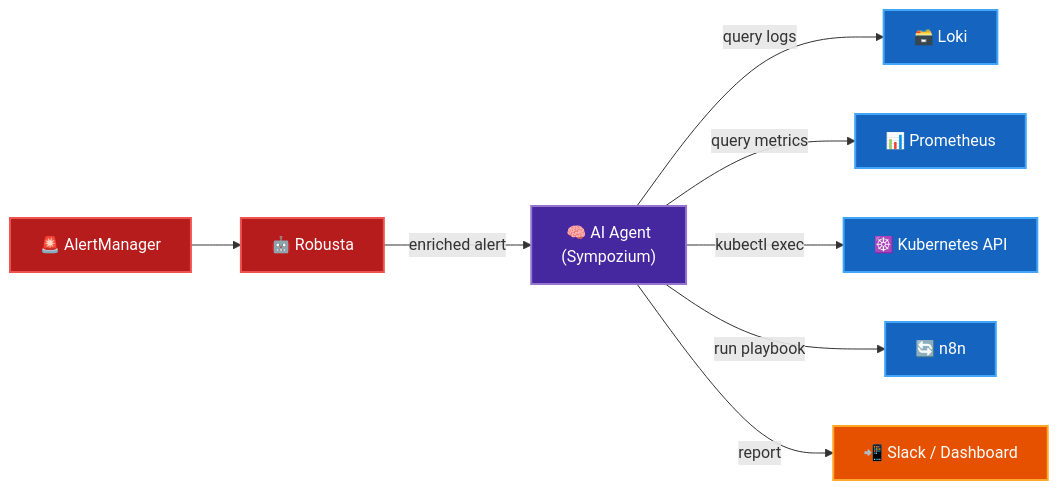
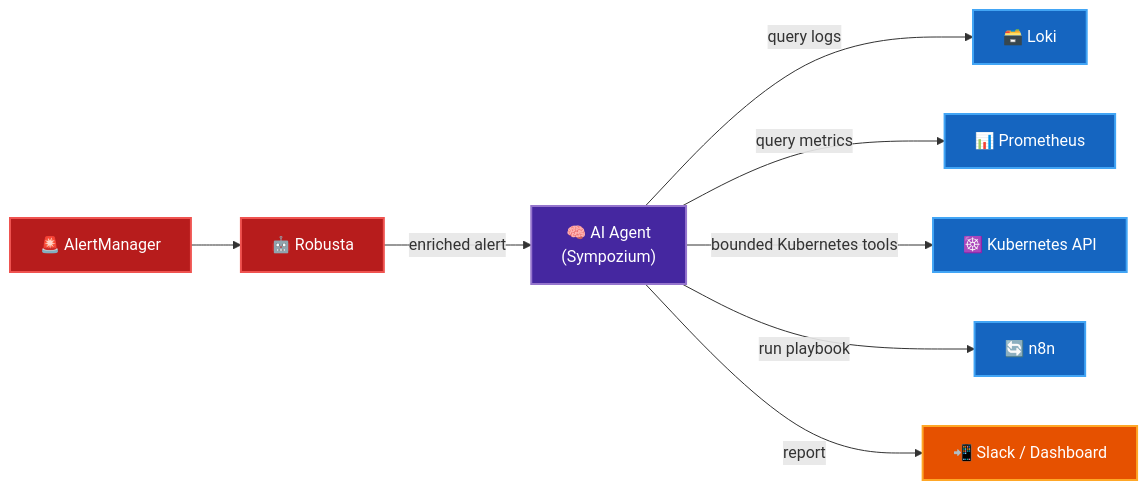
One commit to datahub-local/datahub-local changed the third of 3 diagrams in docs/roadmap.md. Above: the diagram before and after it, drawn with Mermaid. The commit also changed other lines of this file and 11 other files, not shown here.

````diff
--- a/docs/roadmap.md
+++ b/docs/roadmap.md
@@ -121,24 +113,24 @@
 ```mermaid
 flowchart LR
     classDef alerting fill:#B71C1C,color:#fff,stroke:#EF5350,stroke-width:2px
     classDef agent fill:#4527A0,color:#fff,stroke:#9575CD,stroke-width:2px
     classDef data fill:#1565C0,color:#fff,stroke:#42A5F5,stroke-width:2px
     classDef notify fill:#E65100,color:#fff,stroke:#FFA726,stroke-width:2px
 
     Alert["🚨 AlertManager"]:::alerting
     Robusta["🤖 Robusta"]:::alerting
     Agent["🧠 AI Agent\n(Sympozium)"]:::agent
     Loki["🗃️ Loki"]:::data
     Prometheus["📊 Prometheus"]:::data
     K8s["☸️ Kubernetes API"]:::data
     n8n["🔄 n8n"]:::data
     Notify["📲 Slack / Dashboard"]:::notify
 
     Alert --> Robusta
     Robusta -->|"enriched alert"| Agent
     Agent -->|"query logs"| Loki
     Agent -->|"query metrics"| Prometheus
-    Agent -->|"kubectl exec"| K8s
+    Agent -->|"bounded Kubernetes tools"| K8s
     Agent -->|"run playbook"| n8n
     Agent -->|"report"| Notify
 ```
````
